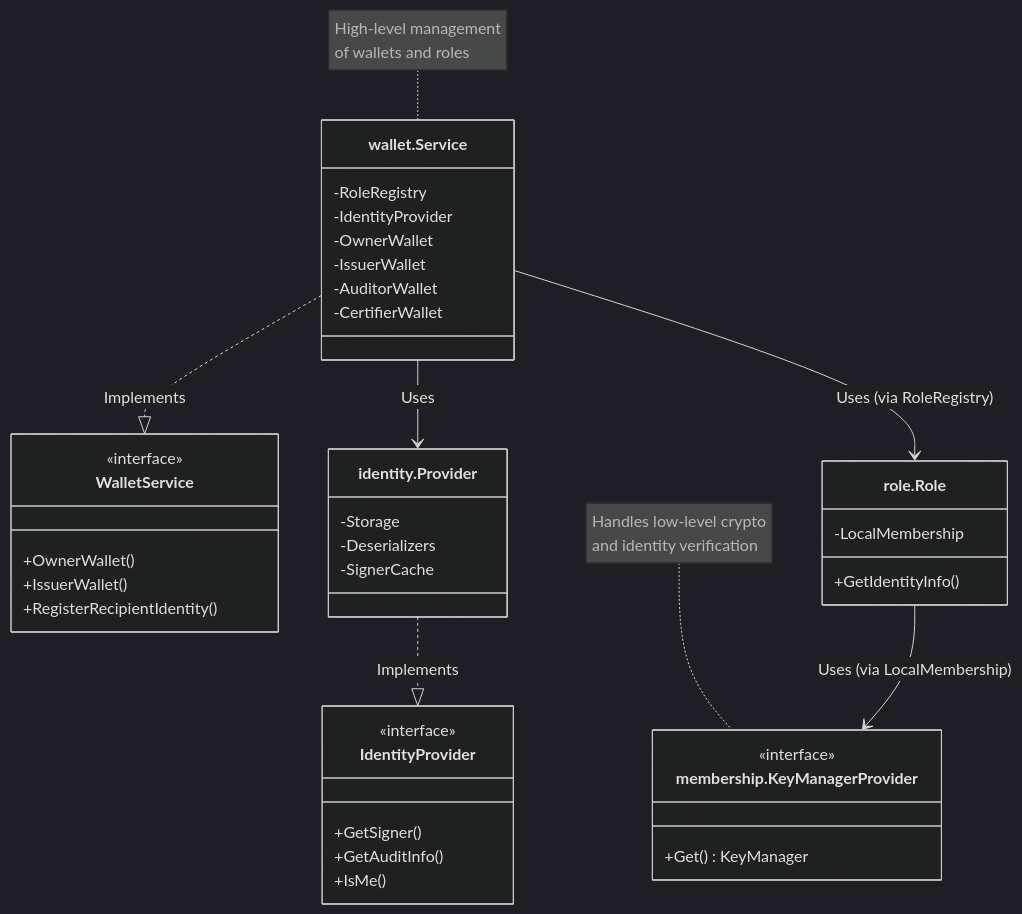
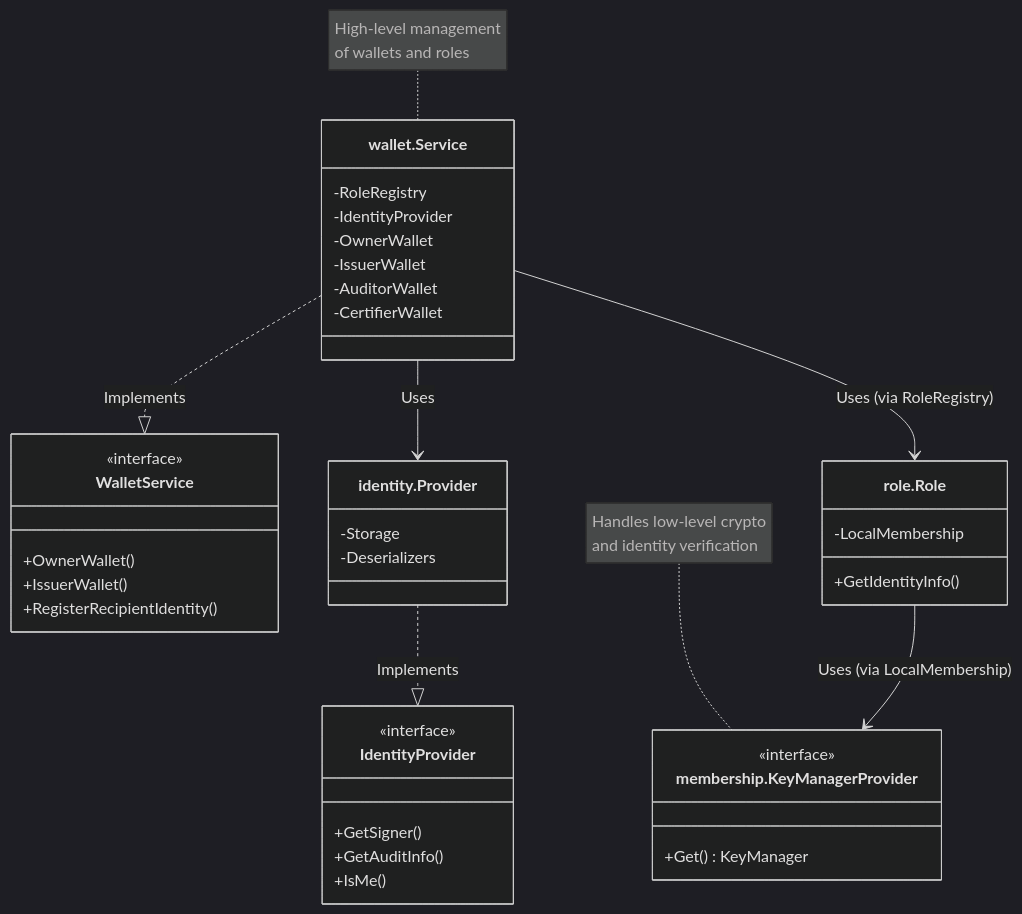
One commit to LFDT-Panurus/panurus changed the diagram in docs/services/identity.md. Above: the diagram before and after it, drawn with Mermaid (dark theme). The commit also changed other lines of this file and 17 other files, not shown here.

````diff
--- a/docs/services/identity.md
+++ b/docs/services/identity.md
@@ -43,49 +43,48 @@
 ```mermaid
 classDiagram
     direction TB
 %% Driver Interfaces
     class IdentityProvider {
         <<interface>>
         +GetSigner()
         +GetAuditInfo()
         +IsMe()
     }
     class WalletService {
         <<interface>>
         +OwnerWallet()
         +IssuerWallet()
         +RegisterRecipientIdentity()
     }
 
 %% Concrete Implementations
     class identity_Provider["identity.Provider"] {
         -Storage
         -Deserializers
-        -SignerCache
     }
     class wallet_Service["wallet.Service"] {
         -RoleRegistry
         -IdentityProvider
         -OwnerWallet
         -IssuerWallet
         -AuditorWallet
         -CertifierWallet
     }
     class role_Role["role.Role"] {
         -LocalMembership
         +GetIdentityInfo()
     }
     class membership_KeyManagerProvider["membership.KeyManagerProvider"] {
         <<interface>>
         +Get() KeyManager
     }
 
     identity_Provider ..|> IdentityProvider : Implements
     wallet_Service ..|> WalletService : Implements
     wallet_Service --> identity_Provider : Uses
     wallet_Service --> role_Role : Uses (via RoleRegistry)
     role_Role --> membership_KeyManagerProvider : Uses (via LocalMembership)
 
     note for membership_KeyManagerProvider "Handles low-level crypto<br/>and identity verification"
     note for wallet_Service "High-level management<br/>of wallets and roles"
 ```
````
